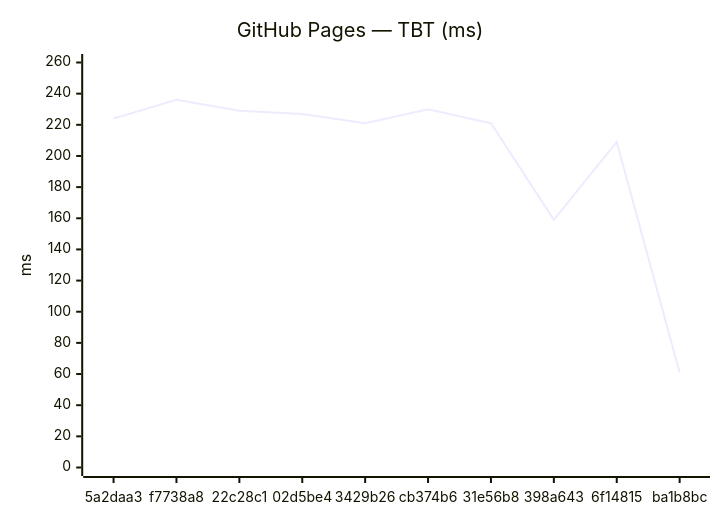
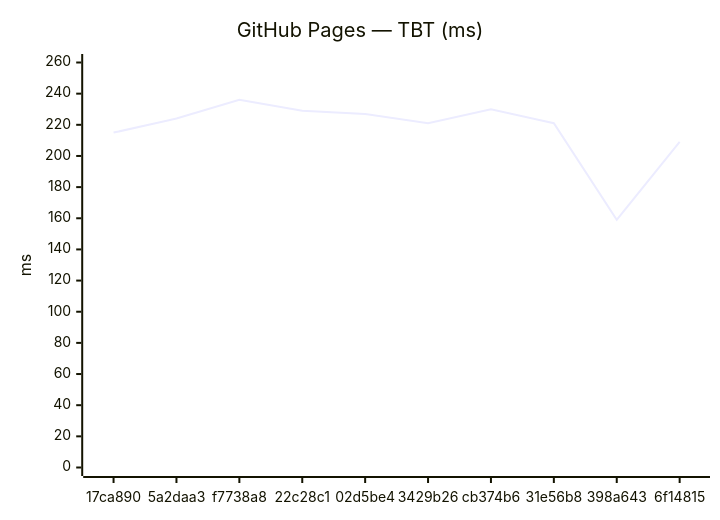
One commit to Metaheurist/Rianell changed the fourth of 18 diagrams in benchmarks/compare.md. Above: the diagram before and after it, drawn with Mermaid. The commit also changed other lines of this file and 11 other files, not shown here.

````diff
--- a/benchmarks/compare.md
+++ b/benchmarks/compare.md
@@ -61,7 +61,7 @@
 ```mermaid
 xychart-beta
     title "GitHub Pages — TBT (ms)"
-    x-axis ["5a2daa3", "f7738a8", "22c28c1", "02d5be4", "3429b26", "cb374b6", "31e56b8", "398a643", "6f14815", "ba1b8bc"]
+    x-axis ["17ca890", "5a2daa3", "f7738a8", "22c28c1", "02d5be4", "3429b26", "cb374b6", "31e56b8", "398a643", "6f14815"]
     y-axis "ms" 0 --> 260
-    line [224, 236, 229, 227, 221, 230, 221, 159, 209, 61]
+    line [215, 224, 236, 229, 227, 221, 230, 221, 159, 209]
 ```
````
